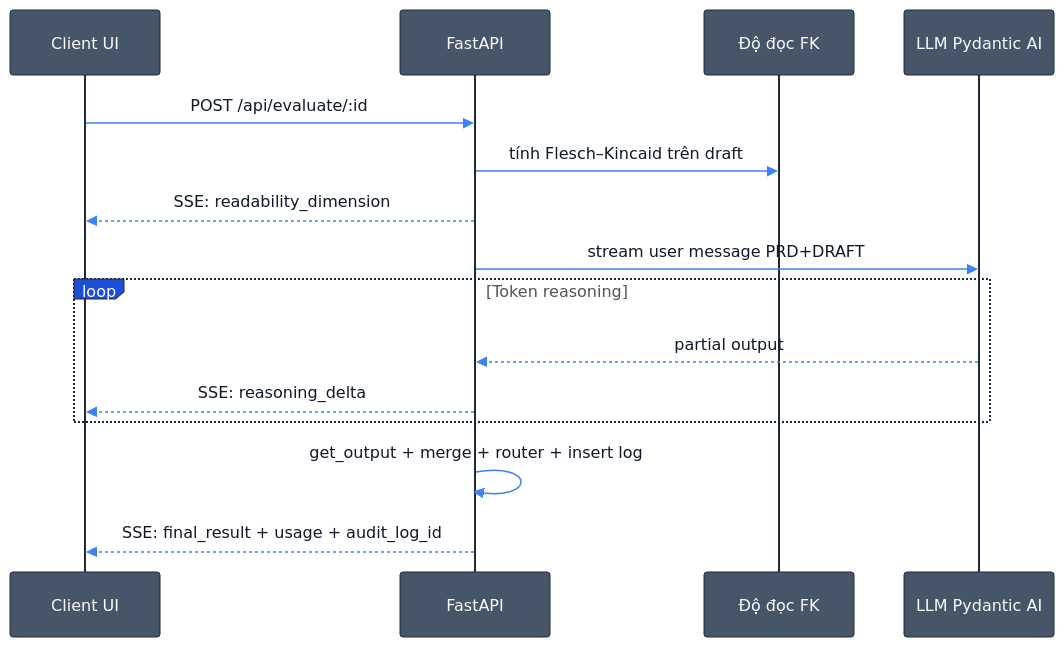
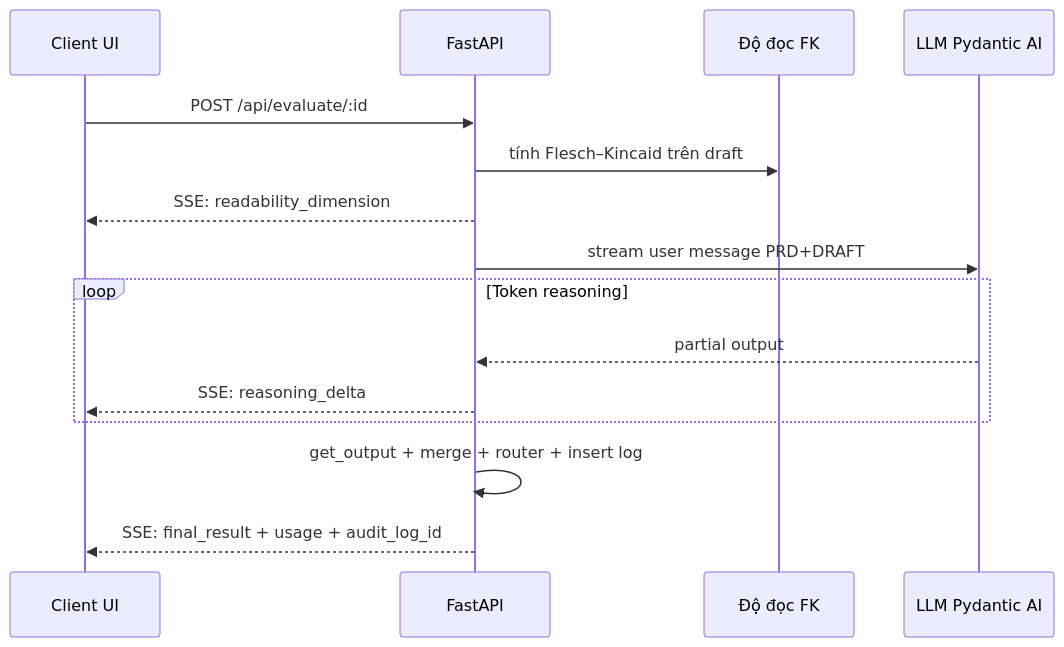
The third of 8 diagrams in README.md (Tritintruong114/ai-agents-qa), drawn with Mermaid before and after one commit. The commit also changed other lines of this file, not shown here.

First line of the commit message:
docs(readme): simplify Mermaid diagrams (remove theme, classDef, node classes)

````diff
--- a/README.md
+++ b/README.md
@@ -225,19 +207,18 @@
 ```mermaid
-%%{init: {'theme':'base', 'themeVariables': {'actorBkg':'#475569','actorBorder':'#1e293b','actorTextColor':'#f8fafc','signalColor':'#3b82f6','signalTextColor':'#0f172a','labelBoxBkgColor':'#1d4ed8','labelTextColor':'#ffffff','loopTextColor':'#57534e','activationBkgColor':'#57534e','activationBorderColor':'#292524','sequenceNumberColor':'#6d28d9'}}}%%
 sequenceDiagram
     participant C as Client UI
     participant A as FastAPI
     participant R as Độ đọc FK
     participant L as LLM Pydantic AI
 
     C->>A: POST /api/evaluate/:id
     A->>R: tính Flesch–Kincaid trên draft
     A-->>C: SSE: readability_dimension
     A->>L: stream user message PRD+DRAFT
     loop Token reasoning
         L-->>A: partial output
         A-->>C: SSE: reasoning_delta
     end
     A->>A: get_output + merge + router + insert log
     A-->>C: SSE: final_result + usage + audit_log_id
 ```
````
